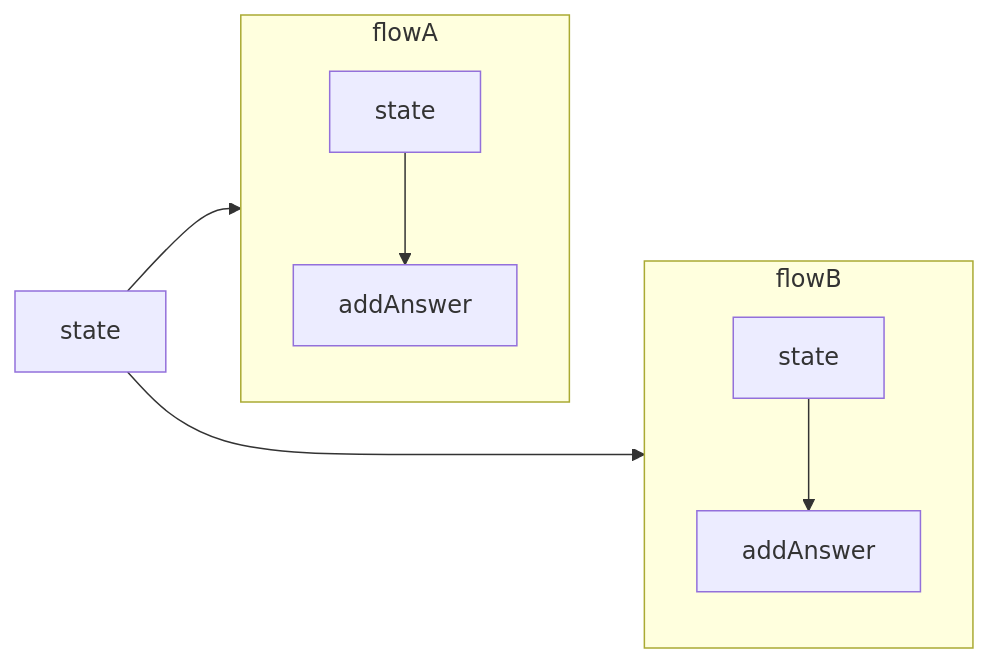
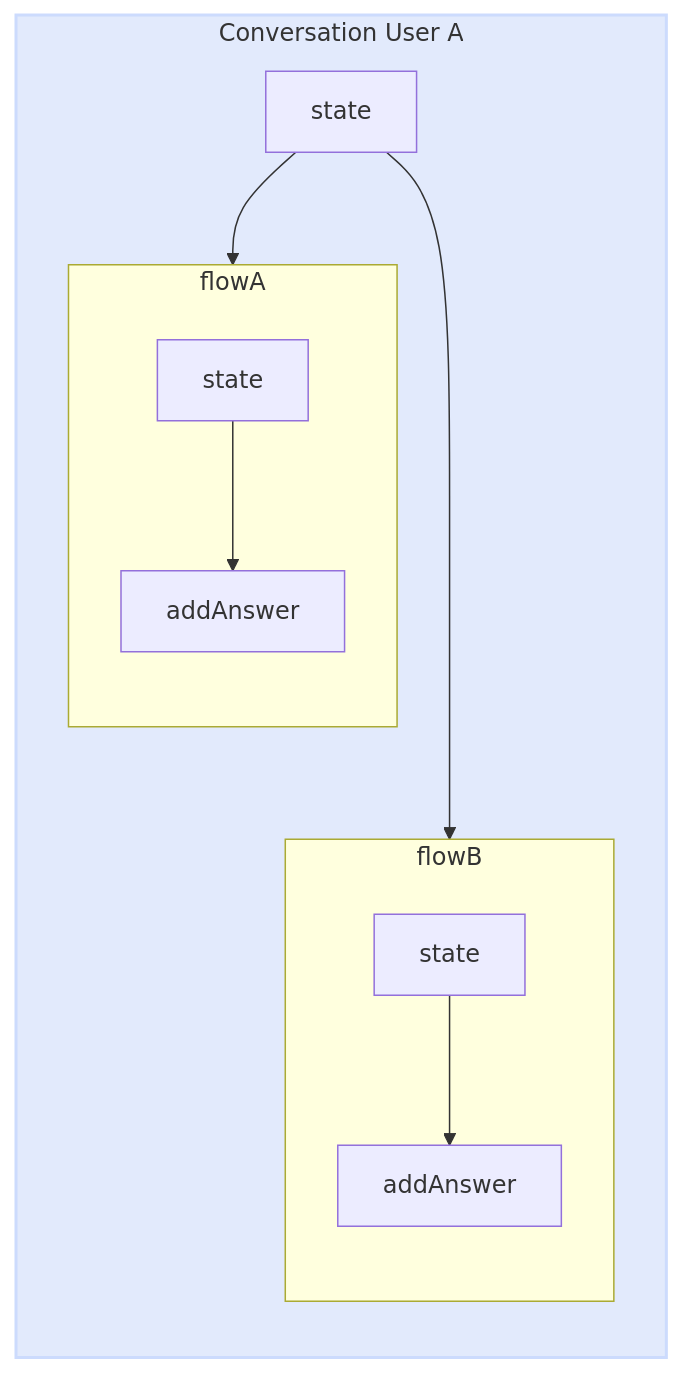
The first of 2 diagrams in src/pages/methods.mdx (codigoencasa/documentation), drawn with Mermaid before and after one commit. The commit also changed other lines of this file and 1 other file, not shown here.

````diff
--- a/src/pages/methods.mdx
+++ b/src/pages/methods.mdx
@@ -72,18 +81,22 @@
 ```mermaid
 flowchart LR
-    subgraph flowA
-        direction TB
-        top1[state] --> bottom1[addAnswer]
+    subgraph sub1[Conversation User A]
+      style sub1 fill:#e2eafc,stroke:#ccdbfd,stroke-width:2px
+      subgraph flowA
+          direction TB
+          top1[state] --> bottom1[addAnswer]
+      end
+      subgraph flowB
+          direction TB
+          top2[state] --> bottom2[addAnswer]
+      end
+      %% ^ These subgraphs are identical, except for the links to them:
+
+      %% Link *to* flowA: flowA direction is maintained
+      state --> flowA
+      %% Link *within* flowB:
+      %% flowB inherits the direction of the top-level graph (LR)
+      state ---> top2
     end
-    subgraph flowB
-        direction TB
-        top2[state] --> bottom2[addAnswer]
-    end
-    %% ^ These subgraphs are identical, except for the links to them:
 
-    %% Link *to* flowA: flowA direction is maintained
-    state --> flowA
-    %% Link *within* flowB:
-    %% flowB inherits the direction of the top-level graph (LR)
-    state ---> top2
 ```
````
